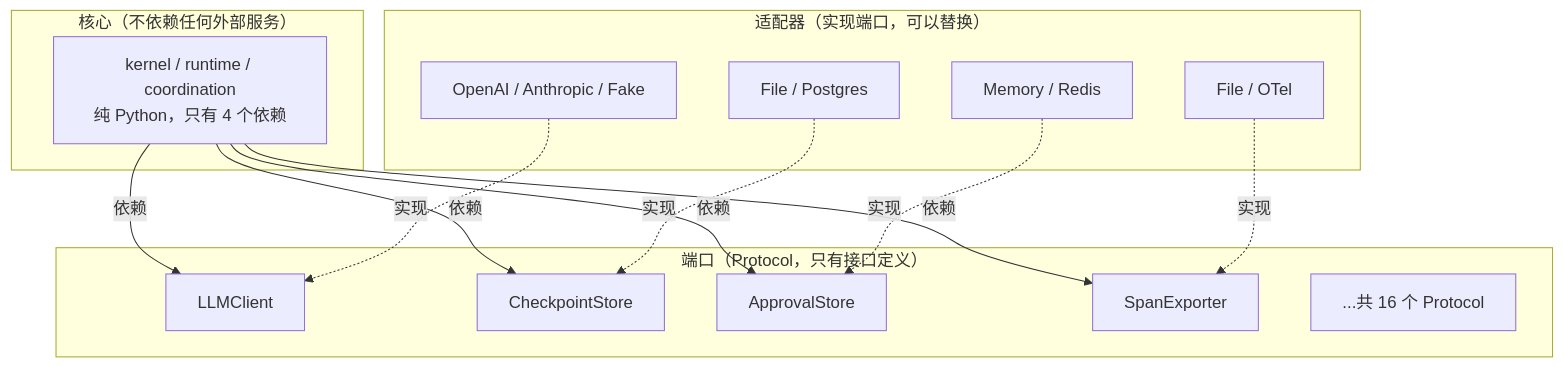
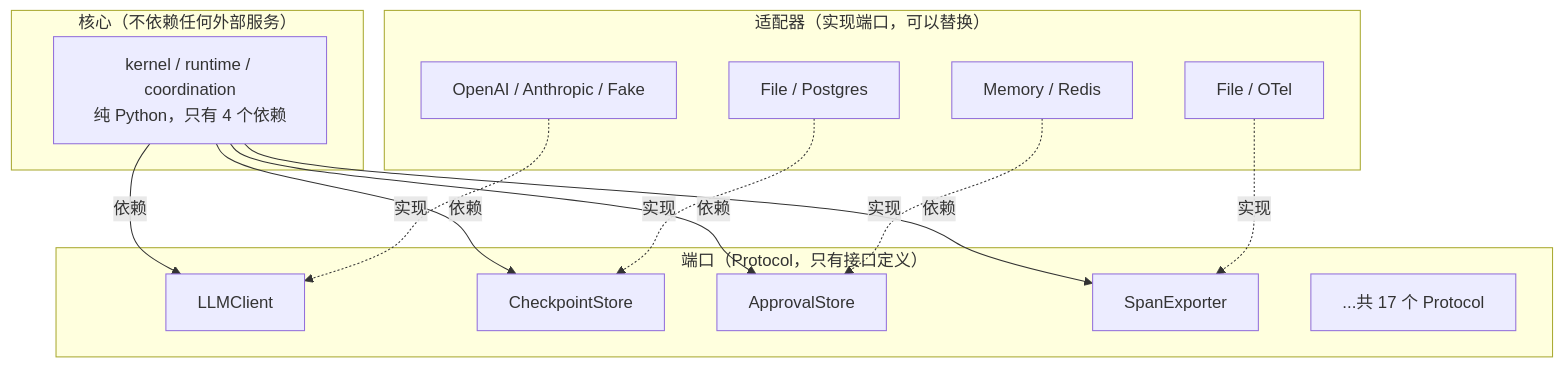
Before and after one commit to limenagent/prodagent: the second of 2 diagrams in docs/tour/02-ports.md, drawn with Mermaid. The commit also changed other lines of this file and 28 other files, not shown here.

````diff
--- a/docs/tour/02-ports.md
+++ b/docs/tour/02-ports.md
@@ -29,27 +29,27 @@
 ```mermaid
 graph TD
     subgraph "核心（不依赖任何外部服务）"
         K["kernel / runtime / coordination<br/>纯 Python，只有 4 个依赖"]
     end
     subgraph "端口（Protocol，只有接口定义）"
         P1["LLMClient"]
         P2["CheckpointStore"]
         P3["ApprovalStore"]
         P4["SpanExporter"]
-        P5["...共 16 个 Protocol"]
+        P5["...共 17 个 Protocol"]
     end
     subgraph "适配器（实现端口，可以替换）"
         A1["OpenAI / Anthropic / Fake"]
         A2["File / Postgres"]
         A3["Memory / Redis"]
         A4["File / OTel"]
     end
     K -->|依赖| P1
     K -->|依赖| P2
     K -->|依赖| P3
     K -->|依赖| P4
     A1 -.->|实现| P1
     A2 -.->|实现| P2
     A3 -.->|实现| P3
     A4 -.->|实现| P4
 ```
````
